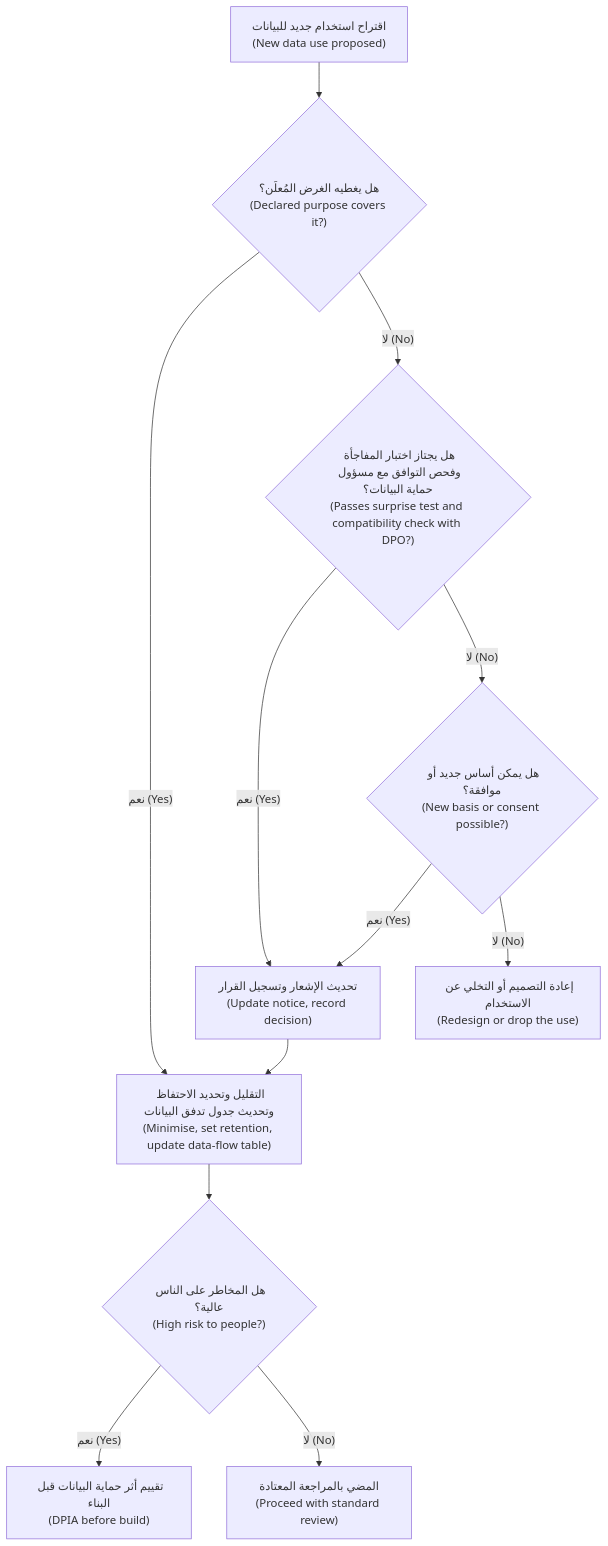
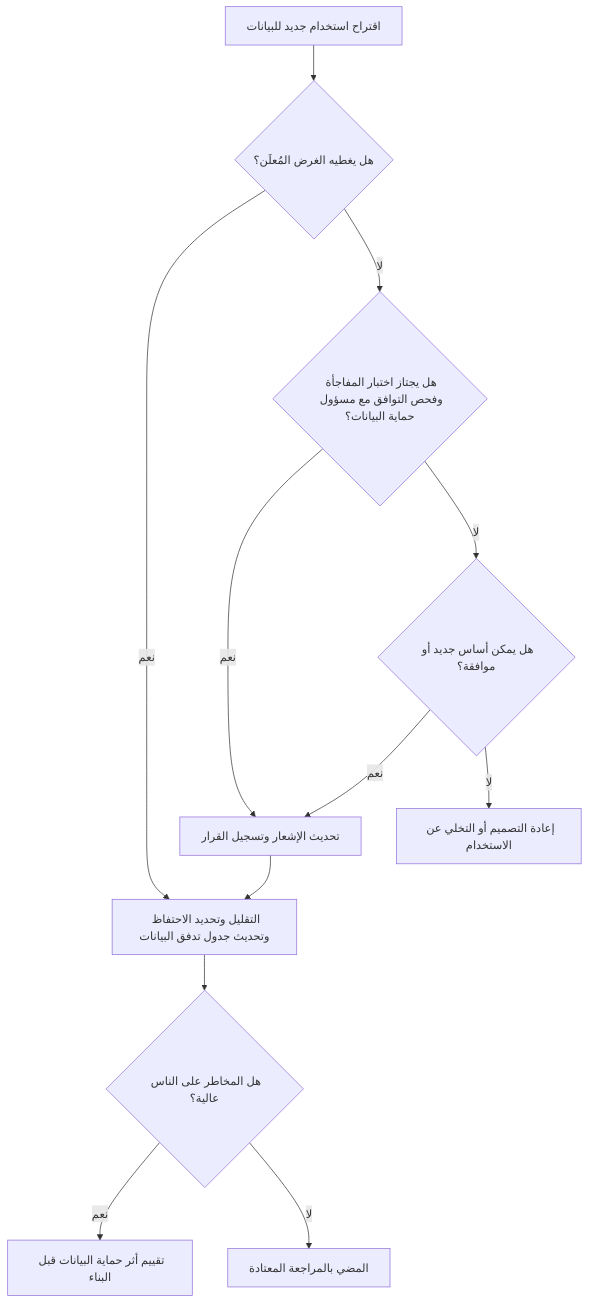
The third of 3 diagrams in aipm/modules/03-data.ar.md (Tamoura/system-design-for-vibe-coders), drawn with Mermaid before and after one commit. The commit also changed other lines of this file and 551 other files, not shown here.

````diff
--- a/aipm/modules/03-data.ar.md
+++ b/aipm/modules/03-data.ar.md
@@ -524,14 +540,14 @@
 ```mermaid
 flowchart TD
-    A["اقتراح استخدام جديد للبيانات<br/>(New data use proposed)"] --> B{"هل يغطيه الغرض المُعلَن؟<br/>(Declared purpose covers it?)"}
-    B -- "نعم (Yes)" --> F["التقليل وتحديد الاحتفاظ وتحديث جدول تدفق البيانات<br/>(Minimise, set retention, update data-flow table)"]
-    B -- "لا (No)" --> C{"هل يجتاز اختبار المفاجأة وفحص التوافق مع مسؤول حماية البيانات؟<br/>(Passes surprise test and compatibility check with DPO?)"}
-    C -- "نعم (Yes)" --> D["تحديث الإشعار وتسجيل القرار<br/>(Update notice, record decision)"]
-    C -- "لا (No)" --> E{"هل يمكن أساس جديد أو موافقة؟<br/>(New basis or consent possible?)"}
-    E -- "نعم (Yes)" --> D
-    E -- "لا (No)" --> G["إعادة التصميم أو التخلي عن الاستخدام<br/>(Redesign or drop the use)"]
+    A["اقتراح استخدام جديد للبيانات"] --> B{"هل يغطيه الغرض المُعلَن؟"}
+    B -- "نعم" --> F["التقليل وتحديد الاحتفاظ وتحديث جدول تدفق البيانات"]
+    B -- "لا" --> C{"هل يجتاز اختبار المفاجأة وفحص التوافق مع مسؤول حماية البيانات؟"}
+    C -- "نعم" --> D["تحديث الإشعار وتسجيل القرار"]
+    C -- "لا" --> E{"هل يمكن أساس جديد أو موافقة؟"}
+    E -- "نعم" --> D
+    E -- "لا" --> G["إعادة التصميم أو التخلي عن الاستخدام"]
     D --> F
-    F --> H{"هل المخاطر على الناس عالية؟<br/>(High risk to people?)"}
-    H -- "نعم (Yes)" --> I["تقييم أثر حماية البيانات قبل البناء<br/>(DPIA before build)"]
-    H -- "لا (No)" --> J["المضي بالمراجعة المعتادة<br/>(Proceed with standard review)"]
+    F --> H{"هل المخاطر على الناس عالية؟"}
+    H -- "نعم" --> I["تقييم أثر حماية البيانات قبل البناء"]
+    H -- "لا" --> J["المضي بالمراجعة المعتادة"]
 ```
````
